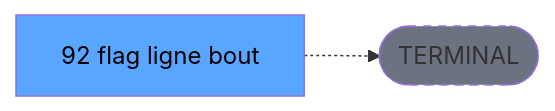
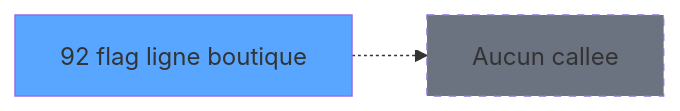
Before and after one commit to thonyAGP/magic-migration: the third of 3 diagrams in .openspec/specs/ADH-IDE-92.md, drawn with Mermaid. The commit also changed other lines of this file and 253 other files, not shown here.

````diff
--- a/.openspec/specs/ADH-IDE-92.md
+++ b/.openspec/specs/ADH-IDE-92.md
@@ -134,8 +245,8 @@
 ```mermaid
 graph LR
-    T[92 flag ligne bout]
-    TERM([TERMINAL])
-    T -.-> TERM
-    style TERM fill:#6b7280,stroke-dasharray: 5 5
-    style T fill:#58a6ff,color:#000
+    T92[92 flag ligne boutique]
+    style T92 fill:#58a6ff
+    NONE[Aucun callee]
+    T92 -.-> NONE
+    style NONE fill:#6b7280,stroke-dasharray: 5 5
 ```
````
